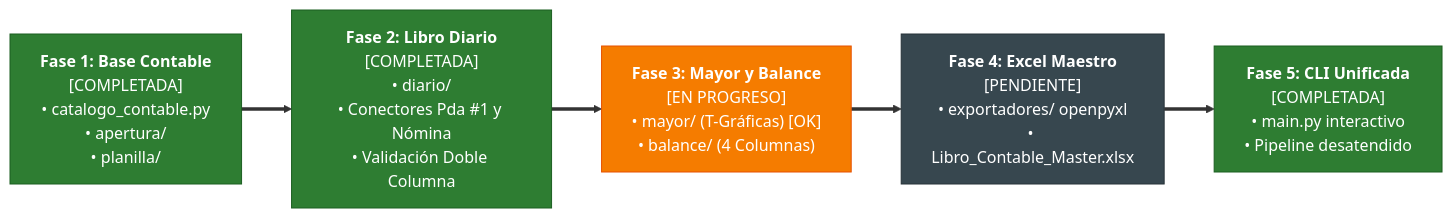
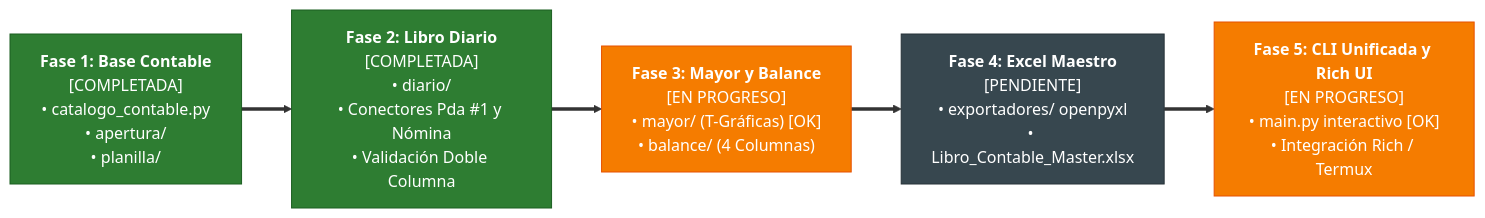
The fifth of 5 diagrams in SISTEMA_CONTABLE_INTEGRAL.md (EmGamex/Accounting-Cycle-on-Python), drawn with Mermaid before and after one commit. The commit also changed other lines of this file, not shown here.

Commit message:
Planes de agregar Rich al programa

````diff
--- a/SISTEMA_CONTABLE_INTEGRAL.md
+++ b/SISTEMA_CONTABLE_INTEGRAL.md
@@ -304,16 +328,16 @@
 ```mermaid
 flowchart LR
     F1["<b>Fase 1: Base Contable</b><br/>[COMPLETADA]<br/>• catalogo_contable.py<br/>• apertura/<br/>• planilla/"]
     F2["<b>Fase 2: Libro Diario</b><br/>[COMPLETADA]<br/>• diario/<br/>• Conectores Pda #1 y Nómina<br/>• Validación Doble Columna"]
     F3["<b>Fase 3: Mayor y Balance</b><br/>[EN PROGRESO]<br/>• mayor/ (T-Gráficas) [OK]<br/>• balance/ (4 Columnas)"]
     F4["<b>Fase 4: Excel Maestro</b><br/>[PENDIENTE]<br/>• exportadores/ openpyxl<br/>• Libro_Contable_Master.xlsx"]
-    F5["<b>Fase 5: CLI Unificada</b><br/>[COMPLETADA]<br/>• main.py interactivo<br/>• Pipeline desatendido"]
+    F5["<b>Fase 5: CLI Unificada y Rich UI</b><br/>[EN PROGRESO]<br/>• main.py interactivo [OK]<br/>• Integración Rich / Termux"]
 
     F1 ==> F2 ==> F3 ==> F4 ==> F5
 
     style F1 fill:#2e7d32,stroke:#1b5e20,color:#ffffff
     style F2 fill:#2e7d32,stroke:#1b5e20,color:#ffffff
     style F3 fill:#f57c00,stroke:#e65100,color:#ffffff
     style F4 fill:#37474f,stroke:#263238,color:#ffffff
-    style F5 fill:#2e7d32,stroke:#1b5e20,color:#ffffff
+    style F5 fill:#f57c00,stroke:#e65100,color:#ffffff
 ```
````
